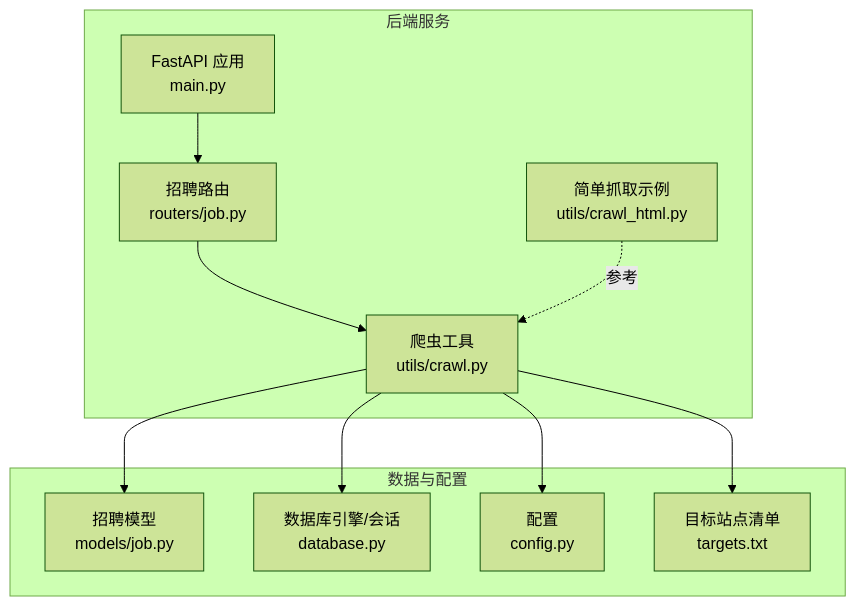
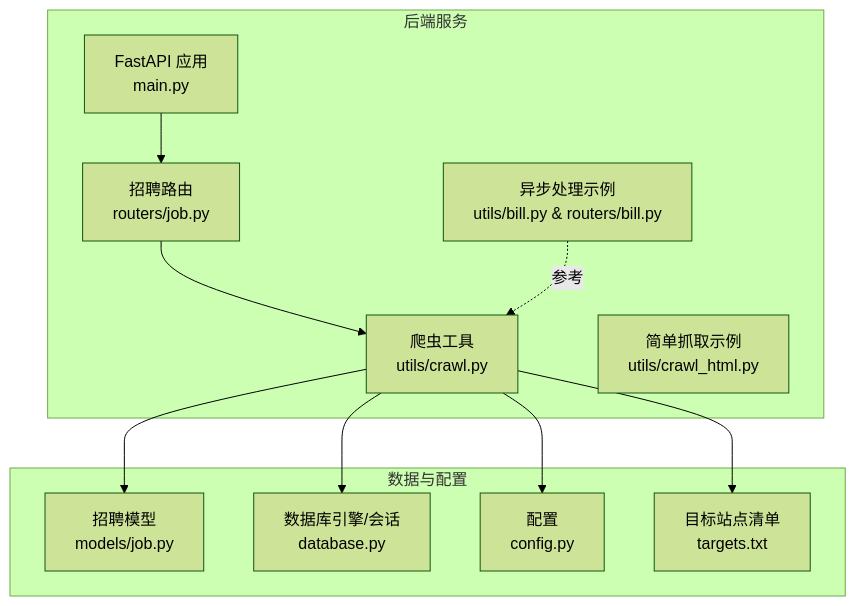
The first of 6 diagrams in .qoder/repowiki/zh/content/后端架构/工具函数库/招聘数据爬取工具.md (henghengZhu-0719/myblog), drawn with Mermaid (forest theme) before and after one commit. The commit also changed other lines of this file and 3 other files, not shown here.

````diff
--- a/.qoder/repowiki/zh/content/后端架构/工具函数库/招聘数据爬取工具.md
+++ b/.qoder/repowiki/zh/content/后端架构/工具函数库/招聘数据爬取工具.md
@@ -44,22 +56,23 @@
 ```mermaid
 graph TB
 subgraph "后端服务"
 API["FastAPI 应用<br/>main.py"]
 Router["招聘路由<br/>routers/job.py"]
 Crawl["爬虫工具<br/>utils/crawl.py"]
 CrawlSimple["简单抓取示例<br/>utils/crawl_html.py"]
+AsyncExample["异步处理示例<br/>utils/bill.py & routers/bill.py"]
 end
 subgraph "数据与配置"
 Model["招聘模型<br/>models/job.py"]
 DB["数据库引擎/会话<br/>database.py"]
 Config["配置<br/>config.py"]
 Targets["目标站点清单<br/>targets.txt"]
 end
 API --> Router
 Router --> Crawl
 Crawl --> Model
 Crawl --> DB
 Crawl --> Config
 Crawl --> Targets
-CrawlSimple -. 参考 .-> Crawl
+AsyncExample -. 参考 .-> Crawl
 ```
````
